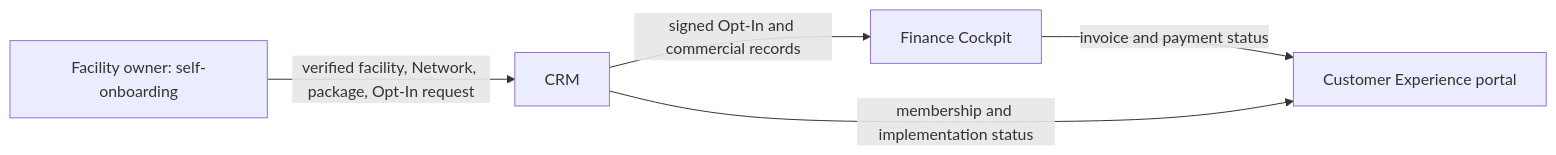
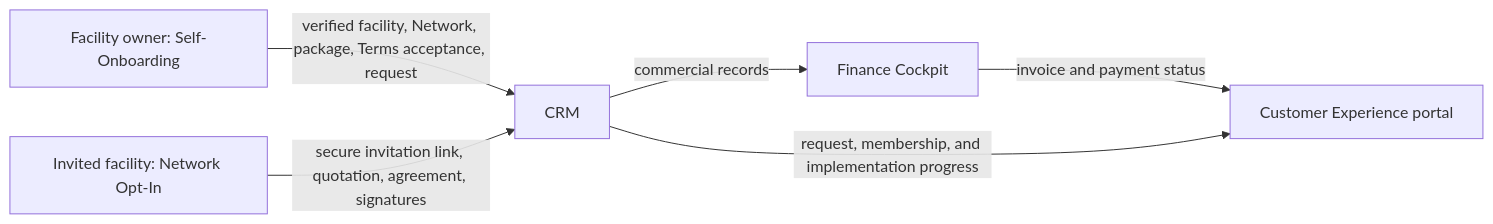
The diagram in docs/user-guides/README.md (tiberbu/crm), drawn with Mermaid before and after one commit. The commit also changed other lines of this file and 22 other files, not shown here.

Commit message:
feat: prioritize self-onboarding and clarify opt-in entry

````diff
--- a/docs/user-guides/README.md
+++ b/docs/user-guides/README.md
@@ -7,7 +7,8 @@
 ```mermaid
 flowchart LR
-  A[Facility owner: self-onboarding] -->|verified facility, Network, package, Opt-In request| B[CRM]
-  B -->|signed Opt-In and commercial records| C[Finance Cockpit]
+  A[Facility owner: Self-Onboarding] -->|verified facility, Network, package, Terms acceptance, request| B[CRM]
+  I[Invited facility: Network Opt-In] -->|secure invitation link, quotation, agreement, signatures| B
+  B -->|commercial records| C[Finance Cockpit]
   C -->|invoice and payment status| D[Customer Experience portal]
-  B -->|membership and implementation status| D
+  B -->|request, membership, and implementation progress| D
 ```
````
